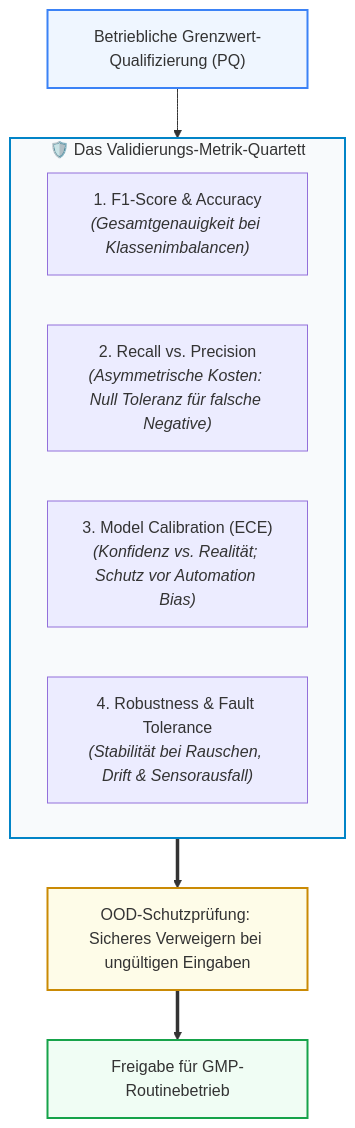
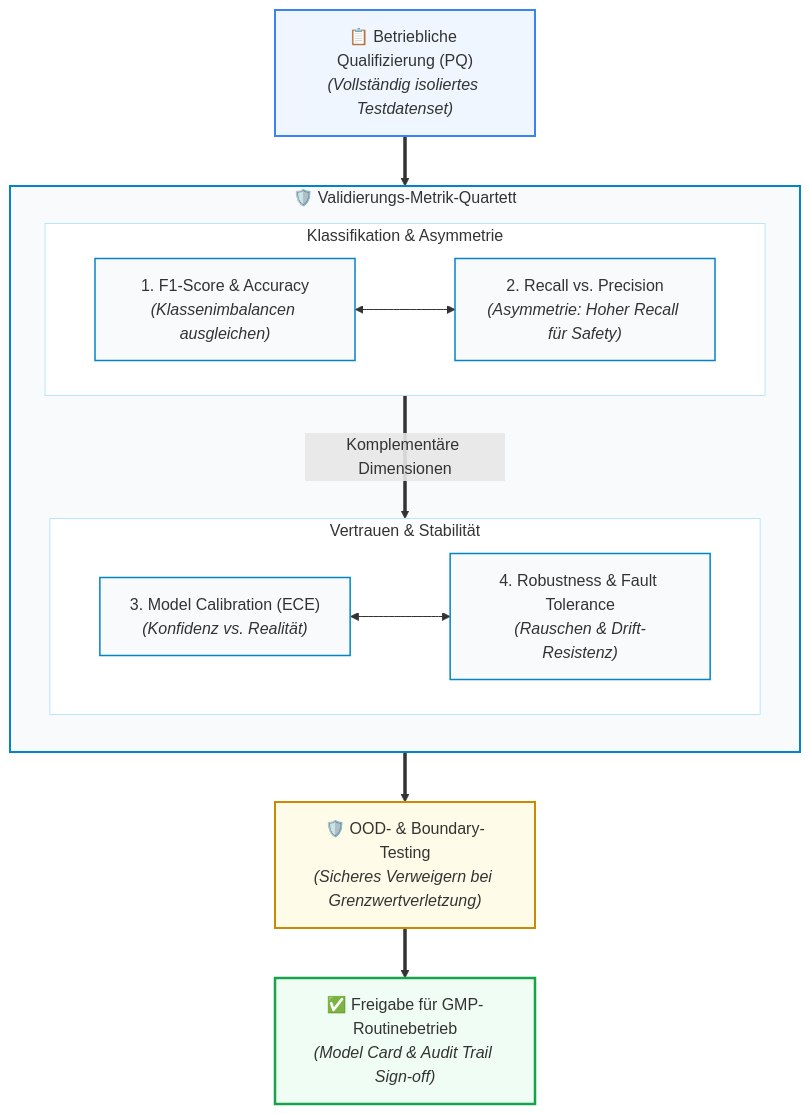
The diagram in docs/de/module_08_validation_performance_testing.md (Lunaman06/Annex22), drawn with Mermaid before and after one commit. The commit also changed 29 other files, not shown here.

Commit message:
style(docs): optimize mermaid diagram aspect ratios, edge flows and legibility across all DE and EN modules

````diff
--- a/docs/de/module_08_validation_performance_testing.md
+++ b/docs/de/module_08_validation_performance_testing.md
@@ -22,18 +22,41 @@
 ```mermaid
-graph TD
-    subgraph MetricQuad["🛡️ Das Validierungs-Metrik-Quartett"]
-        M1["1. F1-Score & Accuracy<br/><i>(Gesamtgenauigkeit bei Klassenimbalancen)</i>"]
-        M2["2. Recall vs. Precision<br/><i>(Asymmetrische Kosten: Null Toleranz für falsche Negative)</i>"]
-        M3["3. Model Calibration (ECE)<br/><i>(Konfidenz vs. Realität; Schutz vor Automation Bias)</i>"]
-        M4["4. Robustness & Fault Tolerance<br/><i>(Stabilität bei Rauschen, Drift & Sensorausfall)</i>"]
+flowchart TD
+    PQ["📋 Betriebliche Qualifizierung (PQ)<br/><i>(Vollständig isoliertes Testdatenset)</i>"]
+
+    subgraph MetricQuad["🛡️ Validierungs-Metrik-Quartett"]
+        direction TB
+        subgraph TopRow["Klassifikation & Asymmetrie"]
+            direction LR
+            M1["1. F1-Score & Accuracy<br/><i>(Klassenimbalancen ausgleichen)</i>"]
+            M2["2. Recall vs. Precision<br/><i>(Asymmetrie: Hoher Recall für Safety)</i>"]
+            M1 <--> M2
+        end
+
+        subgraph BottomRow["Vertrauen & Stabilität"]
+            direction LR
+            M3["3. Model Calibration (ECE)<br/><i>(Konfidenz vs. Realität)</i>"]
+            M4["4. Robustness & Fault Tolerance<br/><i>(Rauschen & Drift-Resistenz)</i>"]
+            M3 <--> M4
+        end
+
+        TopRow ==>|"Komplementäre Dimensionen"| BottomRow
     end
 
-    PQ["Betriebliche Grenzwert-Qualifizierung (PQ)"] --> MetricQuad
-    MetricQuad ==> OOD["OOD-Schutzprüfung: Sicheres Verweigern bei ungültigen Eingaben"]
-    OOD ==> PASS["Freigabe für GMP-Routinebetrieb"]
+    OOD["🛡️ OOD- & Boundary-Testing<br/><i>(Sicheres Verweigern bei Grenzwertverletzung)</i>"]
+    PASS["✅ Freigabe für GMP-Routinebetrieb<br/><i>(Model Card & Audit Trail Sign-off)</i>"]
+
+    PQ ==> MetricQuad
+    MetricQuad ==> OOD
+    OOD ==> PASS
 
     style MetricQuad fill:#f8fafc,stroke:#0284c7,stroke-width:2px
+    style TopRow fill:#ffffff,stroke:#bae6fd,stroke-width:1px
+    style BottomRow fill:#ffffff,stroke:#bae6fd,stroke-width:1px
     style PQ fill:#eff6ff,stroke:#3b82f6,stroke-width:2px
     style OOD fill:#fefce8,stroke:#ca8a04,stroke-width:2px
-    style PASS fill:#f0fdf4,stroke:#16a34a,stroke-width:2px
+    style PASS fill:#f0fdf4,stroke:#16a34a,stroke-width:2.5px
+    style M1 fill:#f8fafc,stroke:#0284c7,stroke-width:1.5px
+    style M2 fill:#f8fafc,stroke:#0284c7,stroke-width:1.5px
+    style M3 fill:#f8fafc,stroke:#0284c7,stroke-width:1.5px
+    style M4 fill:#f8fafc,stroke:#0284c7,stroke-width:1.5px
 ```
````
